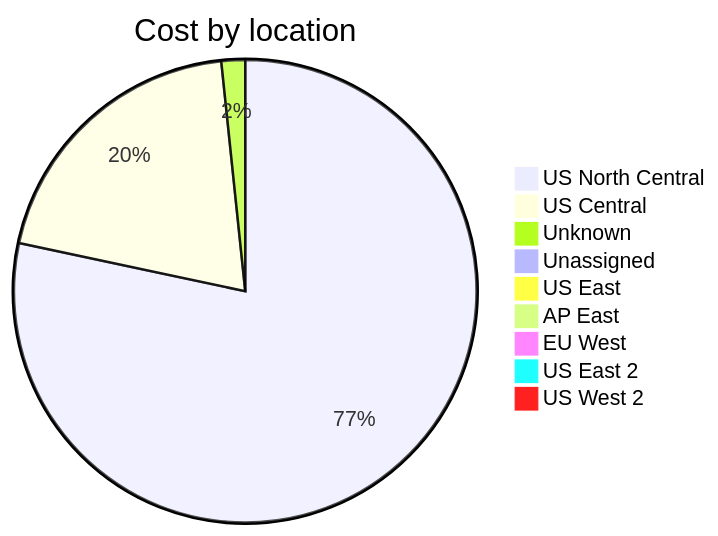
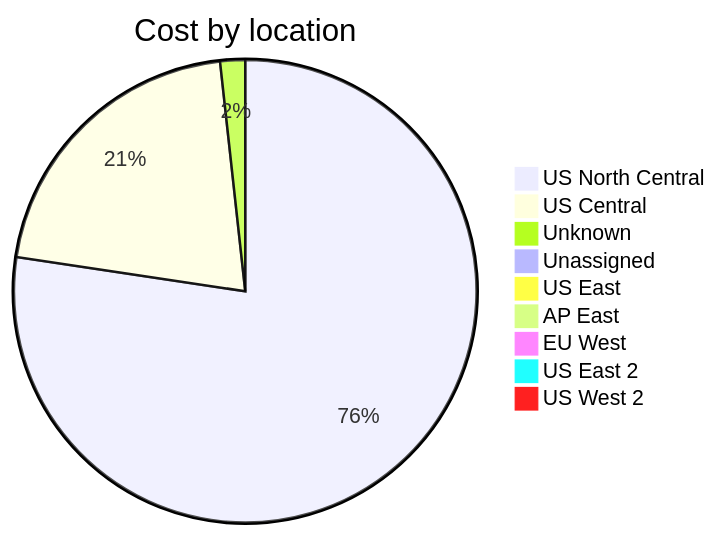
One commit to jpfulton/azure-personal-reports changed the third of 4 diagrams in cost-reports/accumulated-cost.md. Above: the diagram before and after it, drawn with Mermaid. The commit also changed other lines of this file and 4 other files, not shown here.

````diff
--- a/cost-reports/accumulated-cost.md
+++ b/cost-reports/accumulated-cost.md
@@ -129,13 +129,13 @@
 ```mermaid
 pie
    title Cost by location
-   "US North Central" : 24.13
-   "US Central" : 6.16
-   "Unknown" : 0.51
-   "Unassigned" : 0.26
-   "US East" : 0.11
+   "US North Central" : 26.21
+   "US Central" : 7.08
+   "Unknown" : 0.59
+   "Unassigned" : 0.29
+   "US East" : 0.12
    "AP East" : 0.00
    "EU West" : 0.00
    "US East 2" : 0.00
    "US West 2" : 0.00
 ```
````
